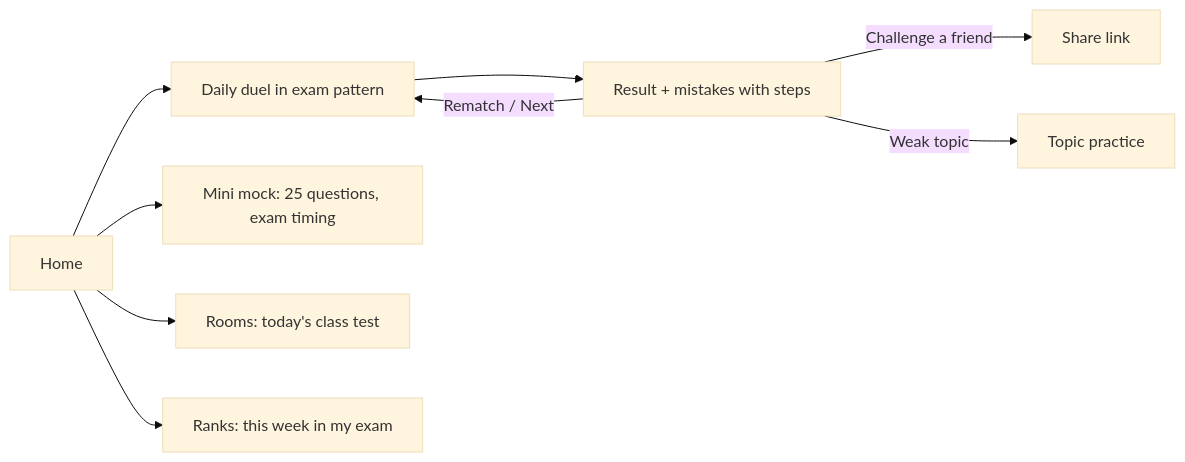
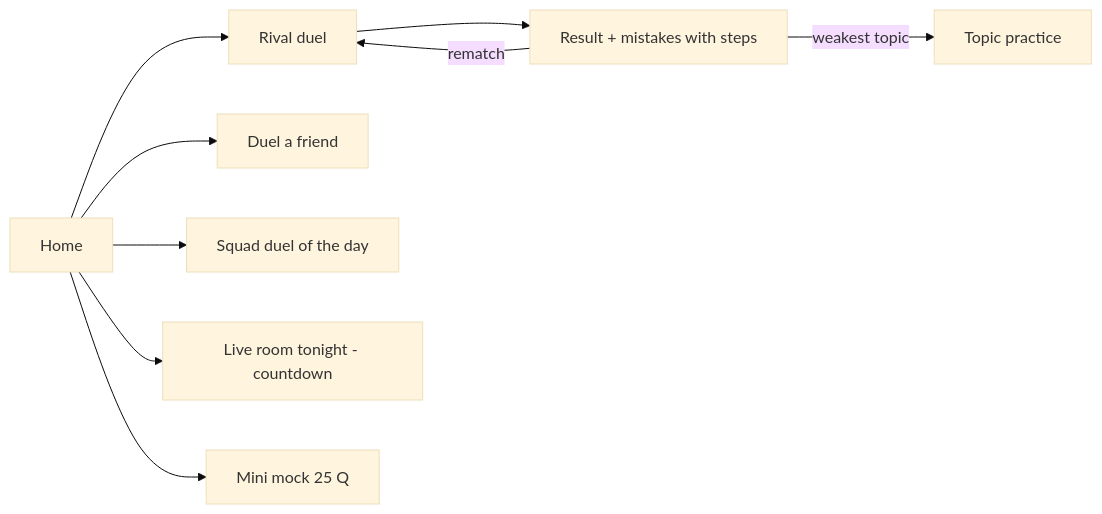
Before and after one commit to dharmendra3840/takkar: the second of 6 diagrams in design/02-user-flows.md, drawn with Mermaid (base theme). The commit also changed other lines of this file and 9 other files, not shown here.

````diff
--- a/design/02-user-flows.md
+++ b/design/02-user-flows.md
@@ -34,11 +30,11 @@
 ```mermaid
 flowchart LR
-  H[Home] --> D[Daily duel in exam pattern]
+  H[Home] --> D[Rival duel]
+  H --> FD[Duel a friend]
+  H --> SD[Squad duel of the day]
+  H --> RM[Live room tonight - countdown]
   D --> R[Result + mistakes with steps]
-  R -->|Rematch / Next| D
-  R -->|Challenge a friend| C[Share link]
-  R -->|Weak topic| P[Topic practice]
-  H --> M[Mini mock: 25 questions, exam timing]
-  H --> RM[Rooms: today's class test]
-  H --> K[Ranks: this week in my exam]
+  R -->|weakest topic| P[Topic practice]
+  R -->|rematch| D
+  H --> MM[Mini mock 25 Q]
 ```
````
